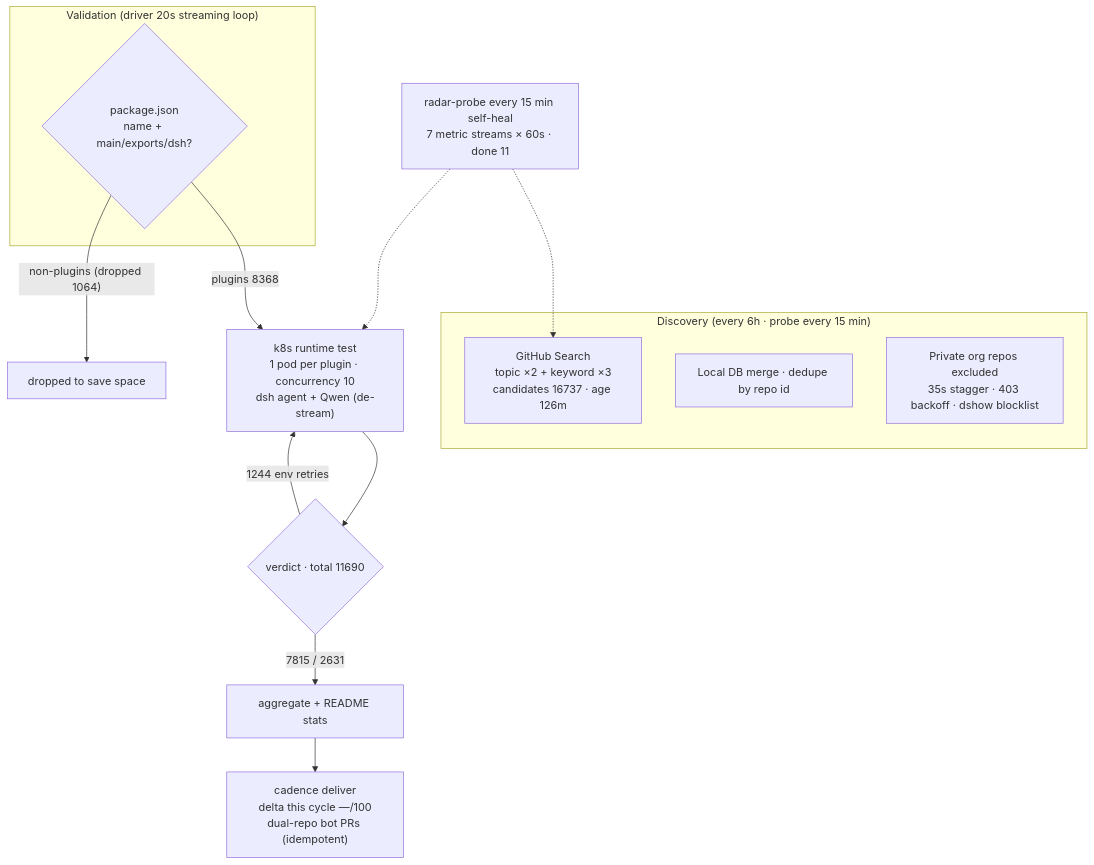
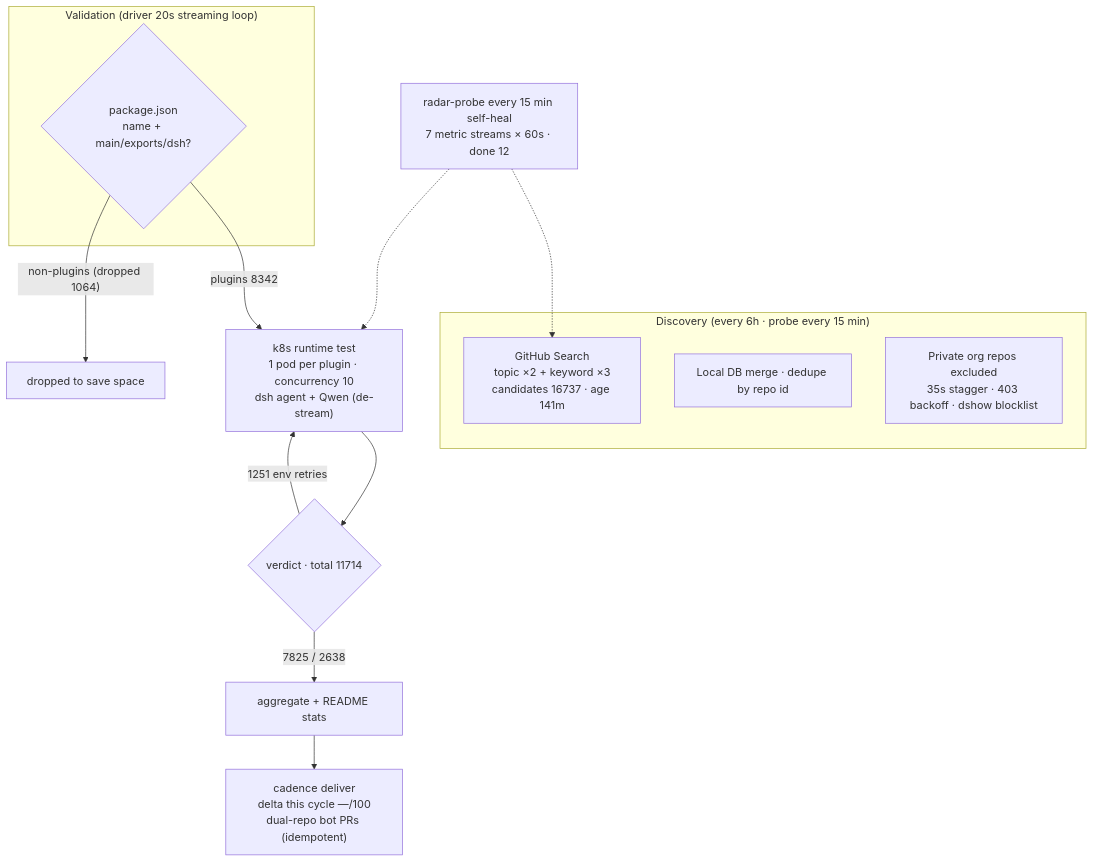
Before and after one commit to AdamPlatin123/awesome-dsh-plugins: the diagram in README.en-US.md, drawn with Mermaid. The commit also changed other lines of this file and 5 other files, not shown here.

````diff
--- a/README.en-US.md
+++ b/README.en-US.md
@@ -45,20 +45,20 @@
 ```mermaid
 flowchart TB
     subgraph Discovery["Discovery (every 6h · probe every 15 min)"]
-        A1["GitHub Search<br/>topic ×2 + keyword ×3<br/>candidates 16737 · age 126m"]
+        A1["GitHub Search<br/>topic ×2 + keyword ×3<br/>candidates 16737 · age 141m"]
         A2["Local DB merge · dedupe by repo id"]
         A3["Private org repos excluded<br/>35s stagger · 403 backoff · dshow blocklist"]
     end
     subgraph Validation["Validation (driver 20s streaming loop)"]
         B1{"package.json<br/>name + main/exports/dsh?"}
     end
-    B1 -->|"plugins 8368"| C1["k8s runtime test<br/>1 pod per plugin · concurrency 10<br/>dsh agent + Qwen (de-stream)"]
+    B1 -->|"plugins 8342"| C1["k8s runtime test<br/>1 pod per plugin · concurrency 10<br/>dsh agent + Qwen (de-stream)"]
     B1 -->|"non-plugins (dropped 1064)"| B3["dropped to save space"]
-    C1 --> D1{"verdict · total 11690"}
-    D1 -->|"7815 / 2631"| E1["aggregate + README stats"]
-    D1 -->|"1244 env retries"| C1
+    C1 --> D1{"verdict · total 11714"}
+    D1 -->|"7825 / 2638"| E1["aggregate + README stats"]
+    D1 -->|"1251 env retries"| C1
     E1 --> E2["cadence deliver<br/>delta this cycle —/100<br/>dual-repo bot PRs (idempotent)"]
-    M["radar-probe every 15 min self-heal<br/>7 metric streams × 60s · done 11"]
+    M["radar-probe every 15 min self-heal<br/>7 metric streams × 60s · done 12"]
     M -.-> A1
     M -.-> C1
 ```
````
